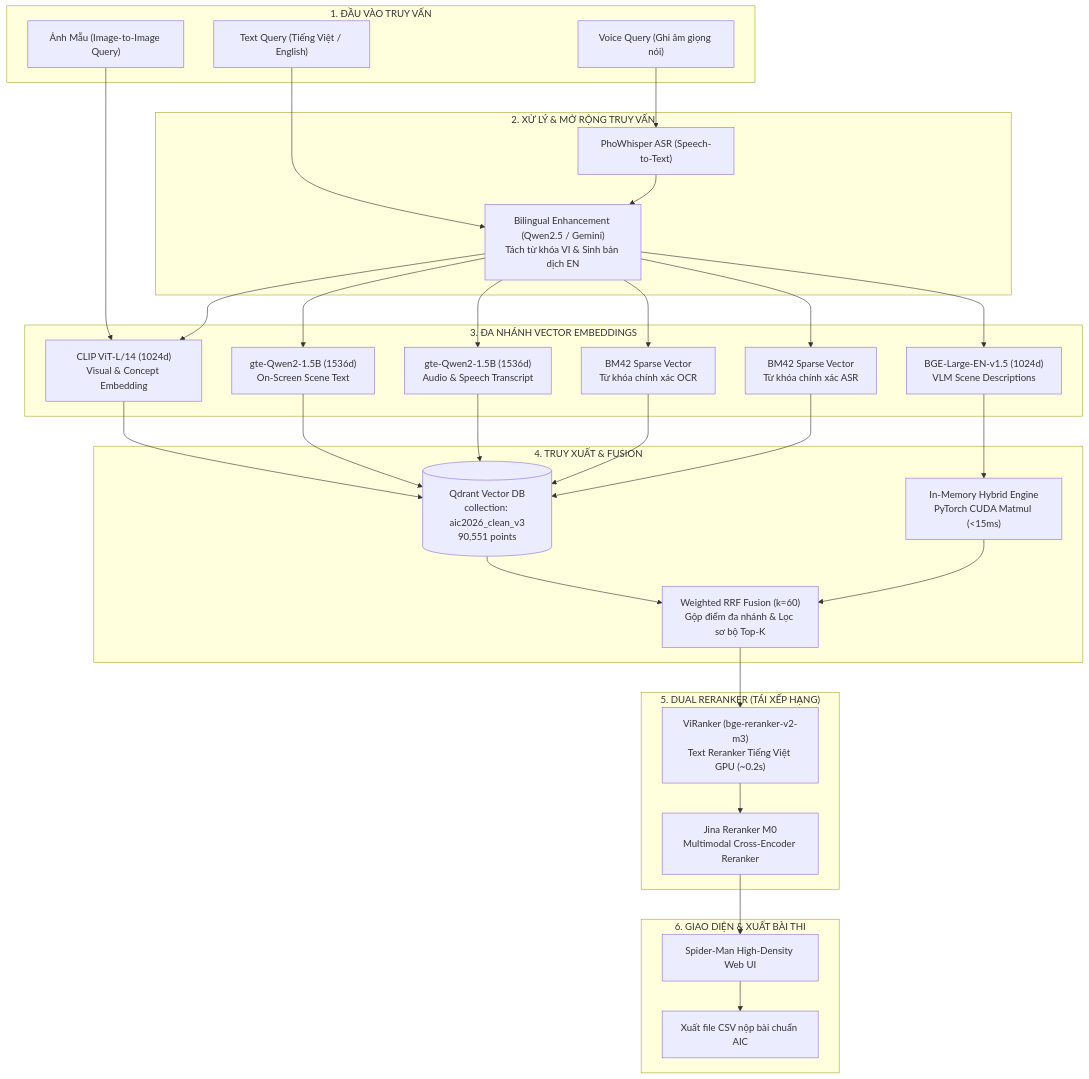
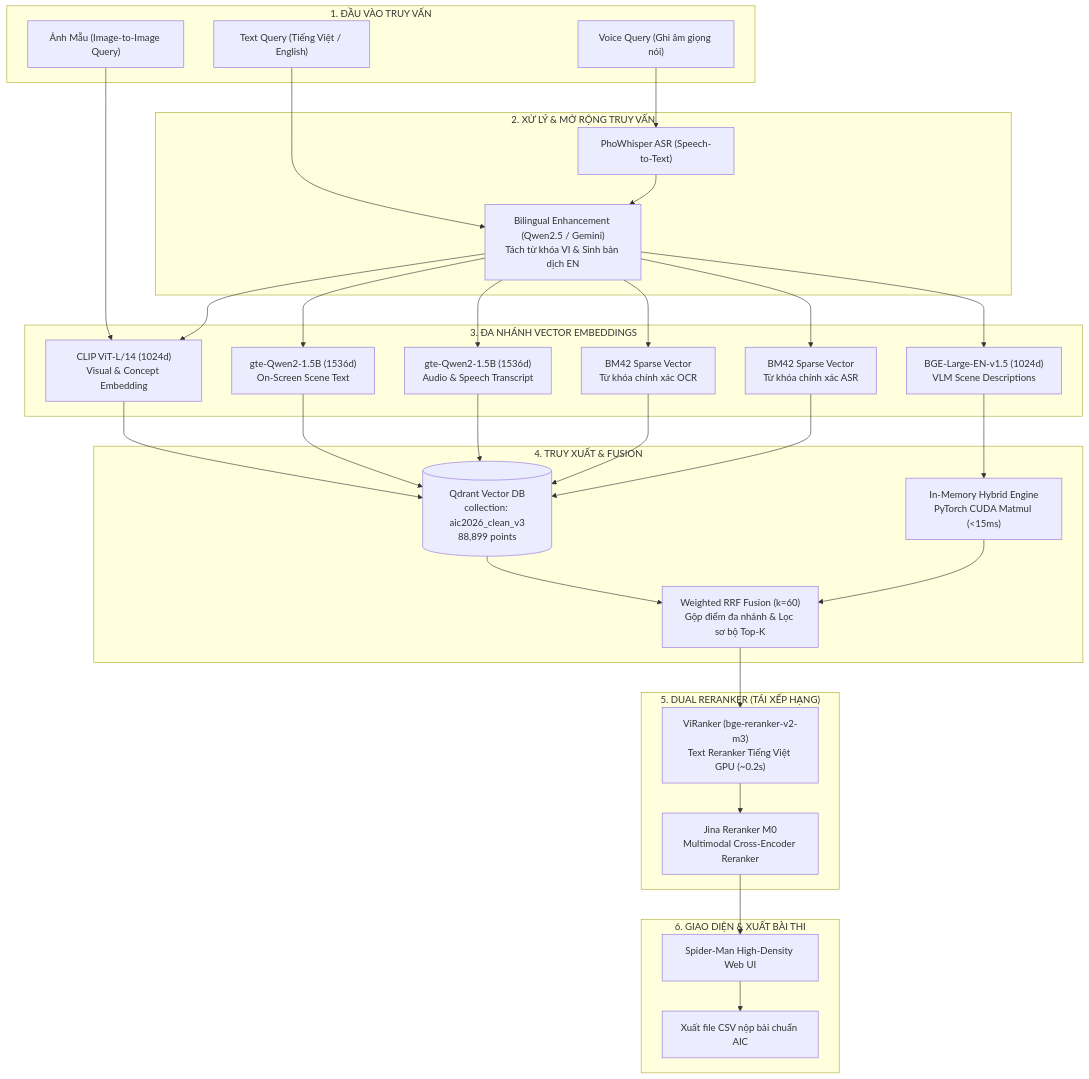
Before and after one commit to ThanhDanh1510/Super-Image-Retrieval-System-for-AIC2026: the diagram in docs/architecture/system_architecture.md, drawn with Mermaid. The commit also changed 4 other files, not shown here.

````diff
--- a/docs/architecture/system_architecture.md
+++ b/docs/architecture/system_architecture.md
@@ -9,60 +9,60 @@
 ```mermaid
 flowchart TD
     subgraph QueryInput ["1. ĐẦU VÀO TRUY VẤN"]
         Q_Text["Text Query (Tiếng Việt / English)"]
         Q_Voice["Voice Query (Ghi âm giọng nói)"]
         Q_Img["Ảnh Mẫu (Image-to-Image Query)"]
     end
 
     subgraph QueryEnhancement ["2. XỬ LÝ & MỞ RỘNG TRUY VẤN"]
         Q_ASR["PhoWhisper ASR (Speech-to-Text)"]
         Q_Bilingual["Bilingual Enhancement (Qwen2.5 / Gemini)<br/>Tách từ khóa VI & Sinh bản dịch EN"]
     end
 
     subgraph MultiBranchEmbed ["3. ĐA NHÁNH VECTOR EMBEDDINGS"]
         V_CLIP["CLIP ViT-L/14 (1024d)<br/>Visual & Concept Embedding"]
         V_OCR_Dense["gte-Qwen2-1.5B (1536d)<br/>On-Screen Scene Text"]
         V_ASR_Dense["gte-Qwen2-1.5B (1536d)<br/>Audio & Speech Transcript"]
         V_Sparse_OCR["BM42 Sparse Vector<br/>Từ khóa chính xác OCR"]
         V_Sparse_ASR["BM42 Sparse Vector<br/>Từ khóa chính xác ASR"]
         V_BGE_Desc["BGE-Large-EN-v1.5 (1024d)<br/>VLM Scene Descriptions"]
     end
 
     subgraph VectorSearch ["4. TRUY XUẤT & FUSION"]
-        Qdrant[("Qdrant Vector DB<br/>collection: aic2026_clean_v3<br/>90,551 points")]
+        Qdrant[("Qdrant Vector DB<br/>collection: aic2026_clean_v3<br/>88,899 points")]
         HybridMem["In-Memory Hybrid Engine<br/>PyTorch CUDA Matmul (<15ms)"]
         RRF["Weighted RRF Fusion (k=60)<br/>Gộp điểm đa nhánh & Lọc sơ bộ Top-K"]
     end
 
     subgraph Reranking ["5. DUAL RERANKER (TÁI XẾP HẠNG)"]
         ViRanker["ViRanker (bge-reranker-v2-m3)<br/>Text Reranker Tiếng Việt GPU (~0.2s)"]
         JinaReranker["Jina Reranker M0<br/>Multimodal Cross-Encoder Reranker"]
     end
 
     subgraph Output ["6. GIAO DIỆN & XUẤT BÀI THI"]
         UI["Spider-Man High-Density Web UI"]
         CSV["Xuất file CSV nộp bài chuẩn AIC"]
     end
 
     Q_Text --> Q_Bilingual
     Q_Voice --> Q_ASR --> Q_Bilingual
     Q_Img --> V_CLIP
 
     Q_Bilingual --> V_CLIP
     Q_Bilingual --> V_OCR_Dense
     Q_Bilingual --> V_ASR_Dense
     Q_Bilingual --> V_Sparse_OCR
     Q_Bilingual --> V_Sparse_ASR
     Q_Bilingual --> V_BGE_Desc
 
     V_CLIP --> Qdrant
     V_OCR_Dense --> Qdrant
     V_ASR_Dense --> Qdrant
     V_Sparse_OCR --> Qdrant
     V_Sparse_ASR --> Qdrant
     V_BGE_Desc --> HybridMem
 
     Qdrant --> RRF
     HybridMem --> RRF
     RRF --> ViRanker --> JinaReranker --> UI --> CSV
 ```
````
